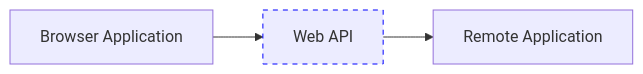
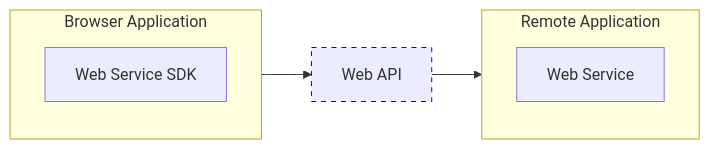
Before and after one commit to bjacobgordon/shark-ui: the diagram in docs/webAPI/architecture.mmd, drawn with Mermaid.

Commit message:
step: reveals the web modules that are derived from the web api

```diff
--- a/docs/webAPI/architecture.mmd
+++ b/docs/webAPI/architecture.mmd
@@ -1,13 +1,17 @@
 flowchart LR
   classDef Contract stroke: #00F, stroke-dasharray: 5
 
-  BrowserApplication[Browser Application]
+  subgraph BrowserApplication[Browser Application]
+    BrowserApplication_WebServiceSDK[Web Service SDK]
+  end
 
   BrowserApplication --> WebAPI
 
   WebAPI[Web API]
   class WebAPI Contract
 
   WebAPI --> RemoteApplication
 
-  RemoteApplication[Remote Application]
+  subgraph RemoteApplication[Remote Application]
+    RemoteApplication_WebService[Web Service]
+  end
```
